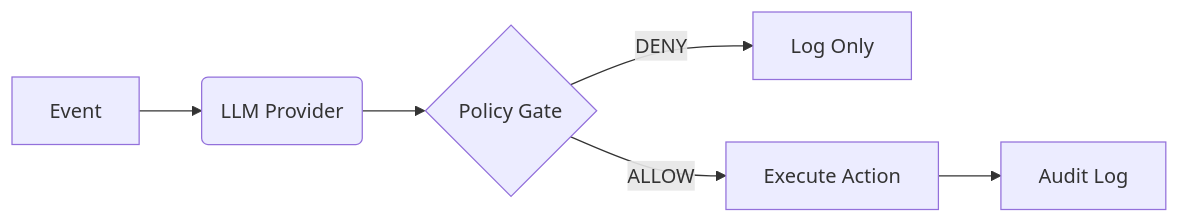
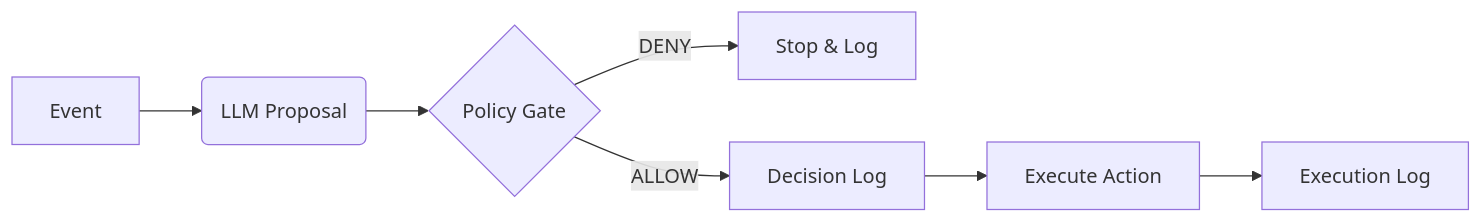
The diagram in README.md (eusheriff/abs-core), drawn with Mermaid before and after one commit. The commit also changed other lines of this file and 4 other files, not shown here.

````diff
--- a/README.md
+++ b/README.md
@@ -23,8 +27,9 @@
 ```mermaid
 graph LR
-    A[Event] --> B(LLM Provider)
+    A[Event] --> B(LLM Proposal)
     B --> C{Policy Gate}
-    C -- DENY --> D[Log Only]
-    C -- ALLOW --> E[Execute Action]
-    E --> F[Audit Log]
+    C -- DENY --> D[Stop & Log]
+    C -- ALLOW --> E[Decision Log]
+    E --> F[Execute Action]
+    F --> G[Execution Log]
 ```
````
